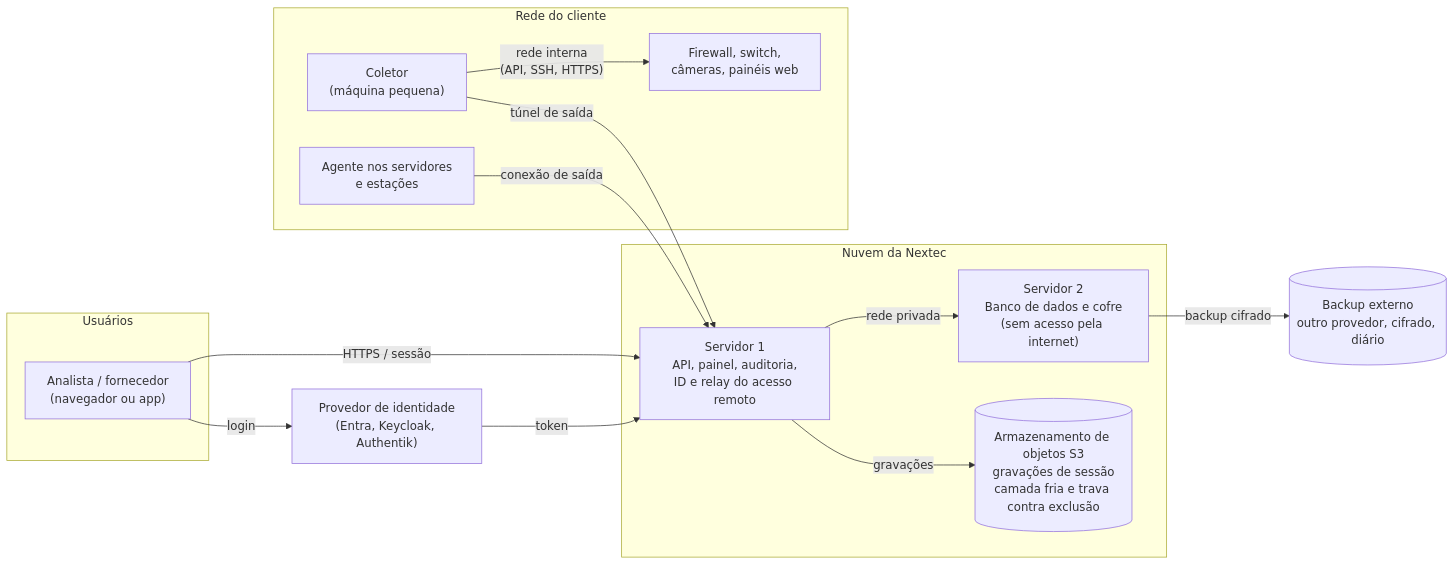
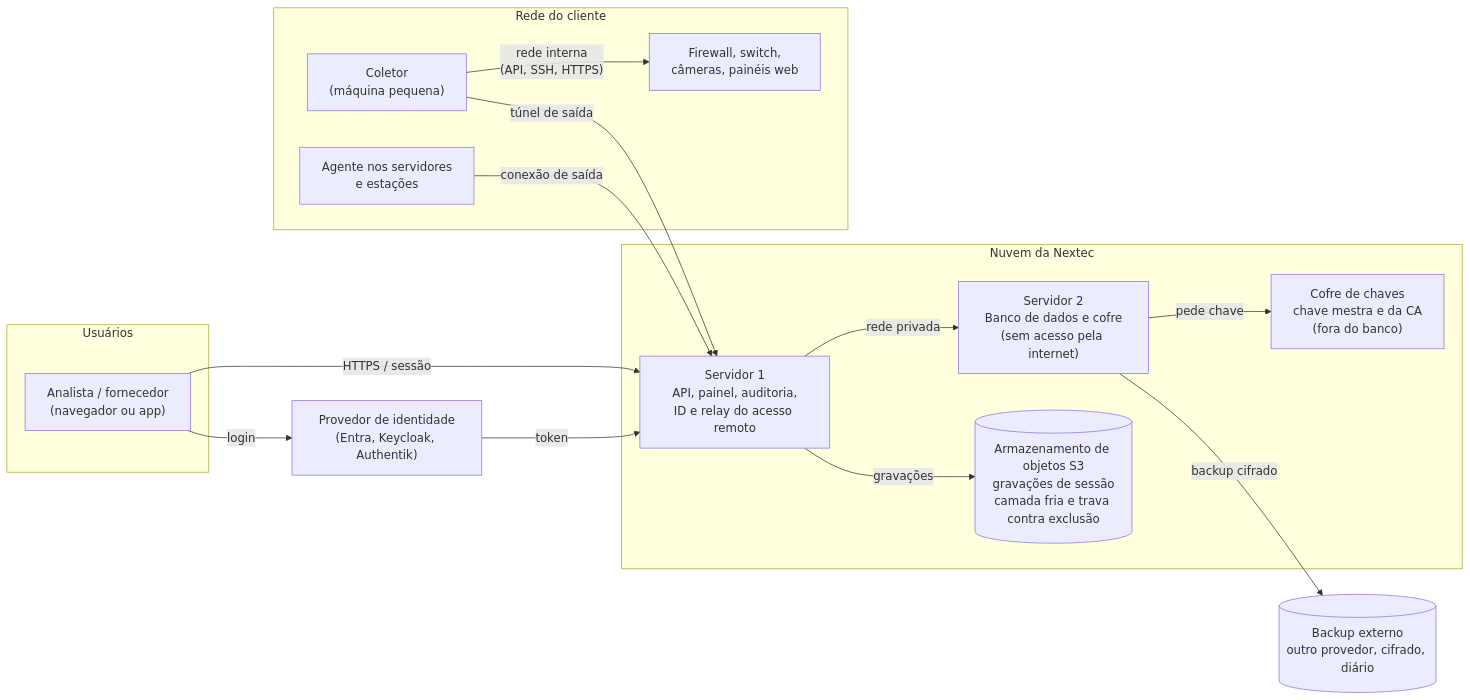
Before and after one commit to Sou-Nextec/rustdesk-api-web: the second of 3 diagrams in nextec/sentinela/ARQUITETURA.md, drawn with Mermaid. The commit also changed other lines of this file and 4 other files, not shown here.

First line of the commit message:
docs: decisão D9 (Linux sem root compartilhado) e cofre de chaves no desenho

````diff
--- a/nextec/sentinela/ARQUITETURA.md
+++ b/nextec/sentinela/ARQUITETURA.md
@@ -44,32 +44,34 @@
 ```mermaid
 flowchart LR
     subgraph Usuarios["Usuários"]
         AN["Analista / fornecedor<br/>(navegador ou app)"]
     end
 
     IDP["Provedor de identidade<br/>(Entra, Keycloak, Authentik)"]
 
     subgraph Nuvem["Nuvem da Nextec"]
         S1["Servidor 1<br/>API, painel, auditoria,<br/>ID e relay do acesso remoto"]
         S2["Servidor 2<br/>Banco de dados e cofre<br/>(sem acesso pela internet)"]
+        KMS["Cofre de chaves<br/>chave mestra e da CA<br/>(fora do banco)"]
         OBJ[("Armazenamento de objetos S3<br/>gravações de sessão<br/>camada fria e trava contra exclusão")]
     end
 
     BKP[("Backup externo<br/>outro provedor, cifrado, diário")]
 
     subgraph Cliente["Rede do cliente"]
         COL["Coletor<br/>(máquina pequena)"]
         AG["Agente nos servidores<br/>e estações"]
         EQ["Firewall, switch,<br/>câmeras, painéis web"]
     end
 
     AN -- "login" --> IDP
     AN -- "HTTPS / sessão" --> S1
     IDP -- "token" --> S1
     S1 -- "rede privada" --> S2
+    S2 -- "pede chave" --> KMS
     S1 -- "gravações" --> OBJ
     S2 -- "backup cifrado" --> BKP
     COL -- "túnel de saída" --> S1
     AG -- "conexão de saída" --> S1
     COL -- "rede interna<br/>(API, SSH, HTTPS)" --> EQ
 ```
````
